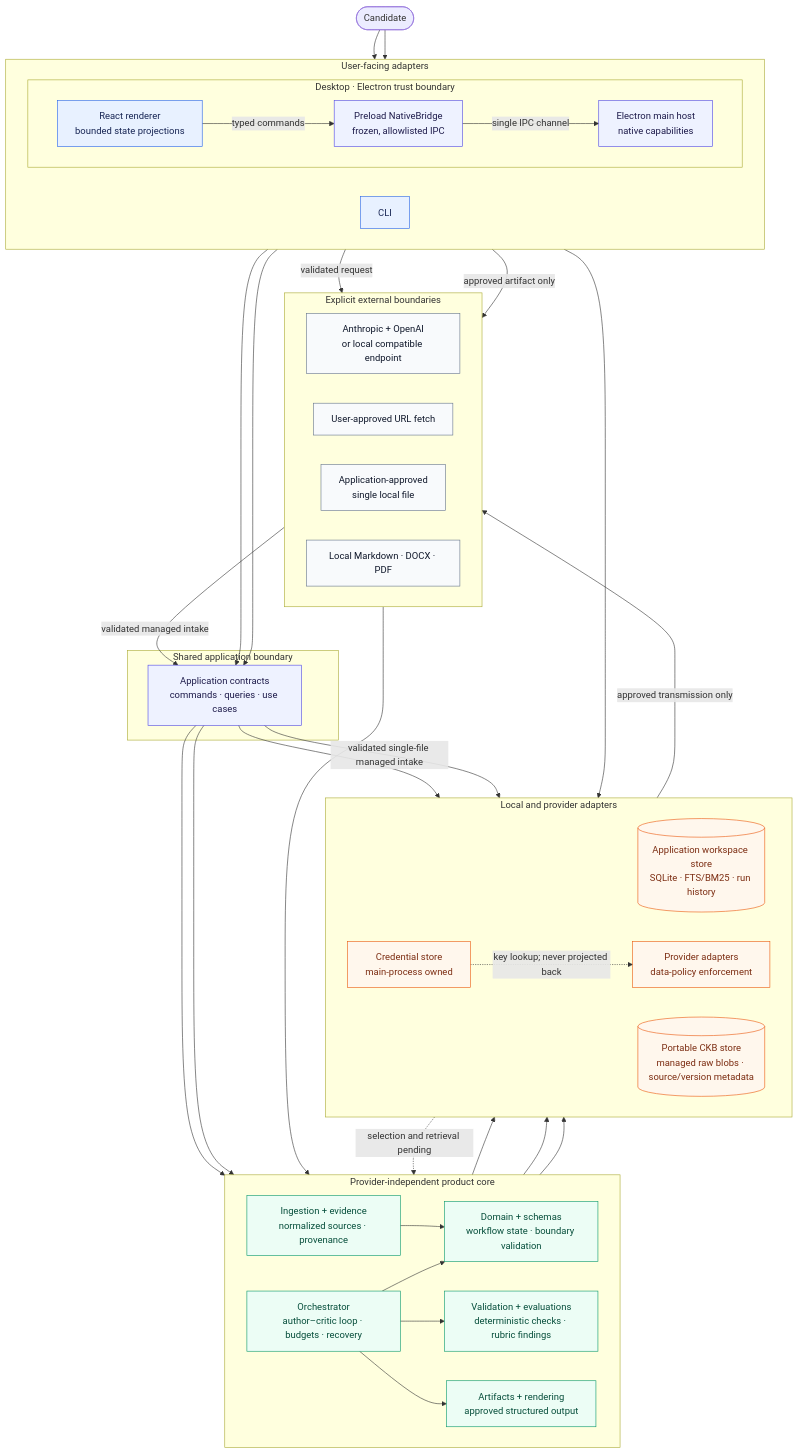
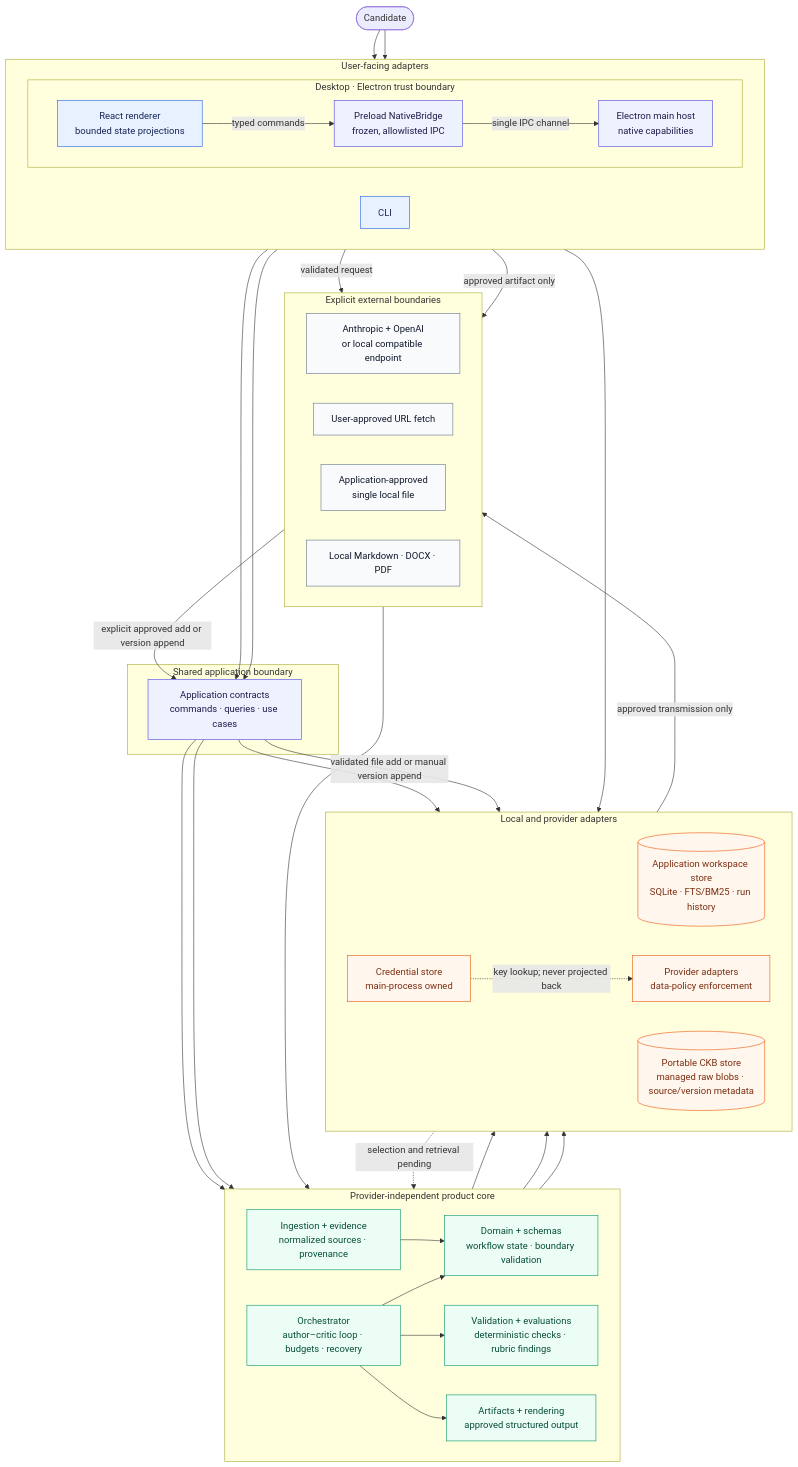
The diagram in docs/architecture.md (akoita/draft-loop), drawn with Mermaid before and after one commit. The commit also changed other lines of this file and 7 other files, not shown here.

Commit message:
feat(knowledge): append managed file versions

````diff
--- a/docs/architecture.md
+++ b/docs/architecture.md
@@ -10,82 +10,82 @@
 ```mermaid
 flowchart TB
     User([Candidate])
 
     subgraph Adapters["User-facing adapters"]
         direction LR
         CLI["CLI"]
 
         subgraph Desktop["Desktop · Electron trust boundary"]
             direction LR
             Renderer["React renderer<br/>bounded state projections"]
             Bridge["Preload NativeBridge<br/>frozen, allowlisted IPC"]
             Host["Electron main host<br/>native capabilities"]
             Renderer -->|"typed commands"| Bridge
             Bridge -->|"single IPC channel"| Host
         end
     end
 
     subgraph Application["Shared application boundary"]
         App["Application contracts<br/>commands · queries · use cases"]
     end
 
     subgraph Core["Provider-independent product core"]
         direction LR
         Orchestrator["Orchestrator<br/>author–critic loop · budgets · recovery"]
         Domain["Domain + schemas<br/>workflow state · boundary validation"]
         Knowledge["Ingestion + evidence<br/>normalized sources · provenance"]
         Quality["Validation + evaluations<br/>deterministic checks · rubric findings"]
         Artifacts["Artifacts + rendering<br/>approved structured output"]
         Orchestrator --> Domain
         Knowledge --> Domain
         Orchestrator --> Quality
         Orchestrator --> Artifacts
     end
 
     subgraph Infrastructure["Local and provider adapters"]
         direction LR
         WorkspaceStore[("Application workspace store<br/>SQLite · FTS/BM25 · run history")]
         CKBStore[("Portable CKB store<br/>managed raw blobs · source/version metadata")]
         Providers["Provider adapters<br/>data-policy enforcement"]
         Credentials["Credential store<br/>main-process owned"]
     end
 
     subgraph External["Explicit external boundaries"]
         direction LR
         Models["Anthropic + OpenAI<br/>or local compatible endpoint"]
         URL["User-approved URL fetch"]
         LocalFile["Application-approved<br/>single local file"]
         Export["Local Markdown · DOCX · PDF"]
     end
 
     User --> CLI
     User --> Renderer
     CLI --> App
     Host --> App
     App --> Orchestrator
     App --> Knowledge
     App --> WorkspaceStore
     Domain --> WorkspaceStore
     Knowledge --> WorkspaceStore
-    App -->|"validated single-file managed intake"| CKBStore
+    App -->|"validated file add or manual version append"| CKBStore
     CKBStore -.->|"selection and retrieval pending"| Knowledge
     Orchestrator --> Providers
     Host --> Credentials
     Credentials -.->|"key lookup; never projected back"| Providers
     Providers -->|"approved transmission only"| Models
     Host -->|"validated request"| URL
     URL --> Knowledge
-    LocalFile -->|"validated managed intake"| App
+    LocalFile -->|"explicit approved add or version append"| App
     Host -->|"approved artifact only"| Export
 
     classDef ui fill:#e8f1ff,stroke:#2563eb,color:#172554;
     classDef boundary fill:#eef2ff,stroke:#4f46e5,color:#1e1b4b;
     classDef core fill:#ecfdf5,stroke:#059669,color:#064e3b;
     classDef infra fill:#fff7ed,stroke:#ea580c,color:#7c2d12;
     classDef external fill:#f8fafc,stroke:#64748b,color:#0f172a;
     class CLI,Renderer ui;
     class Bridge,Host,App boundary;
     class Orchestrator,Domain,Knowledge,Quality,Artifacts core;
     class WorkspaceStore,CKBStore,Providers,Credentials infra;
     class Models,URL,LocalFile,Export external;
 ```
````
